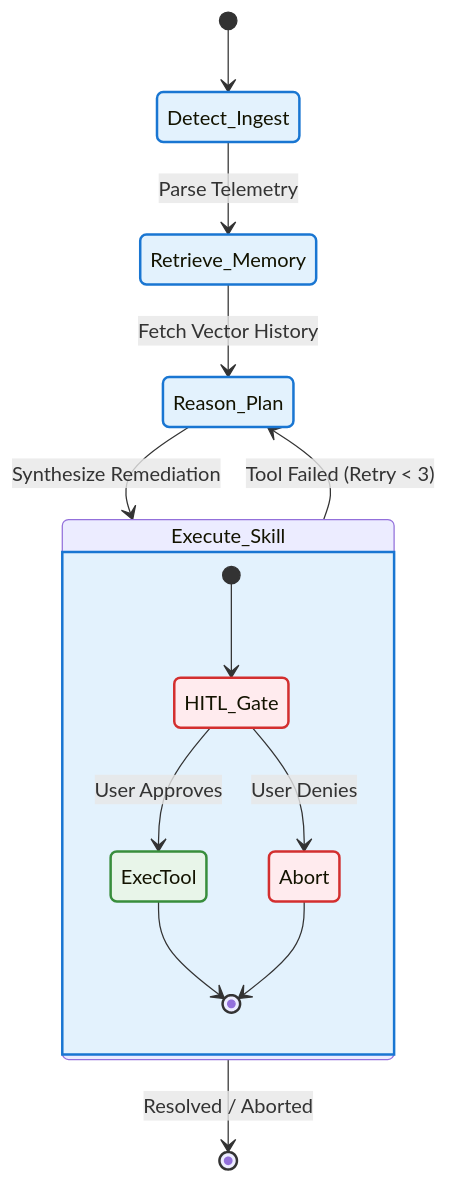
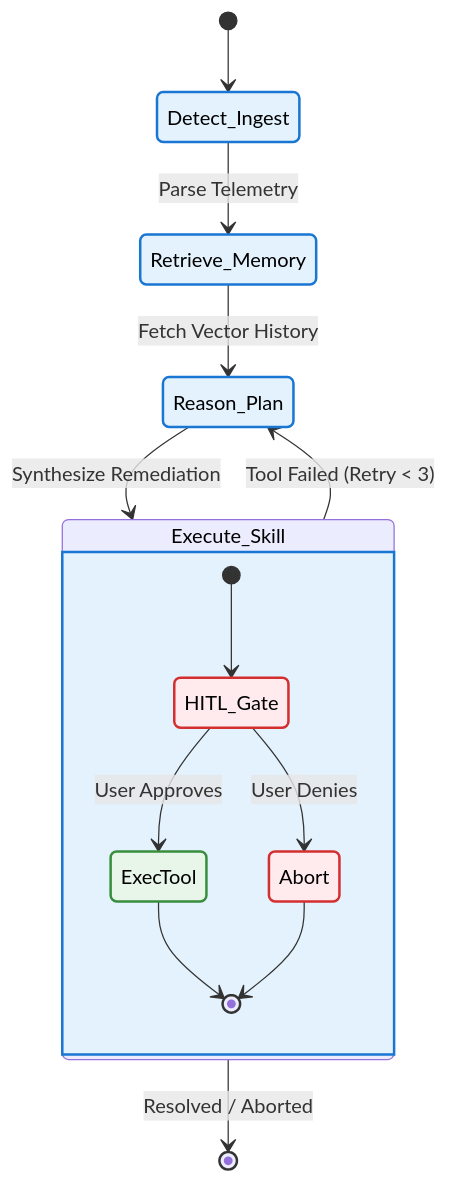
Before and after one commit to shawnsony07/Autonomous-SRE: the second of 2 diagrams in README.md, drawn with Mermaid. The commit also changed other lines of this file, not shown here.

Commit message:
docs: make Mermaid flowchart font color black

````diff
--- a/README.md
+++ b/README.md
@@ -62,27 +62,27 @@
 ```mermaid
 stateDiagram-v2
-    classDef process fill:#e3f2fd,stroke:#1976d2,stroke-width:2px
-    classDef danger fill:#ffebee,stroke:#d32f2f,stroke-width:2px
-    classDef success fill:#e8f5e9,stroke:#388e3c,stroke-width:2px
+    classDef process fill:#e3f2fd,stroke:#1976d2,stroke-width:2px,color:#000
+    classDef danger fill:#ffebee,stroke:#d32f2f,stroke-width:2px,color:#000
+    classDef success fill:#e8f5e9,stroke:#388e3c,stroke-width:2px,color:#000
 
     [*] --> Detect_Ingest
     Detect_Ingest --> Retrieve_Memory: Parse Telemetry
     Retrieve_Memory --> Reason_Plan: Fetch Vector History
     Reason_Plan --> Execute_Skill: Synthesize Remediation
     
     state Execute_Skill {
         [*] --> HITL_Gate
         HITL_Gate --> ExecTool : User Approves
         HITL_Gate --> Abort : User Denies
         ExecTool --> [*]
         Abort --> [*]
     }
     
     Execute_Skill --> Reason_Plan: Tool Failed (Retry < 3)
     Execute_Skill --> [*]: Resolved / Aborted
 
     class Detect_Ingest, Retrieve_Memory, Reason_Plan process
     class Execute_Skill process
     class HITL_Gate, Abort danger
     class ExecTool success
 ```
````
